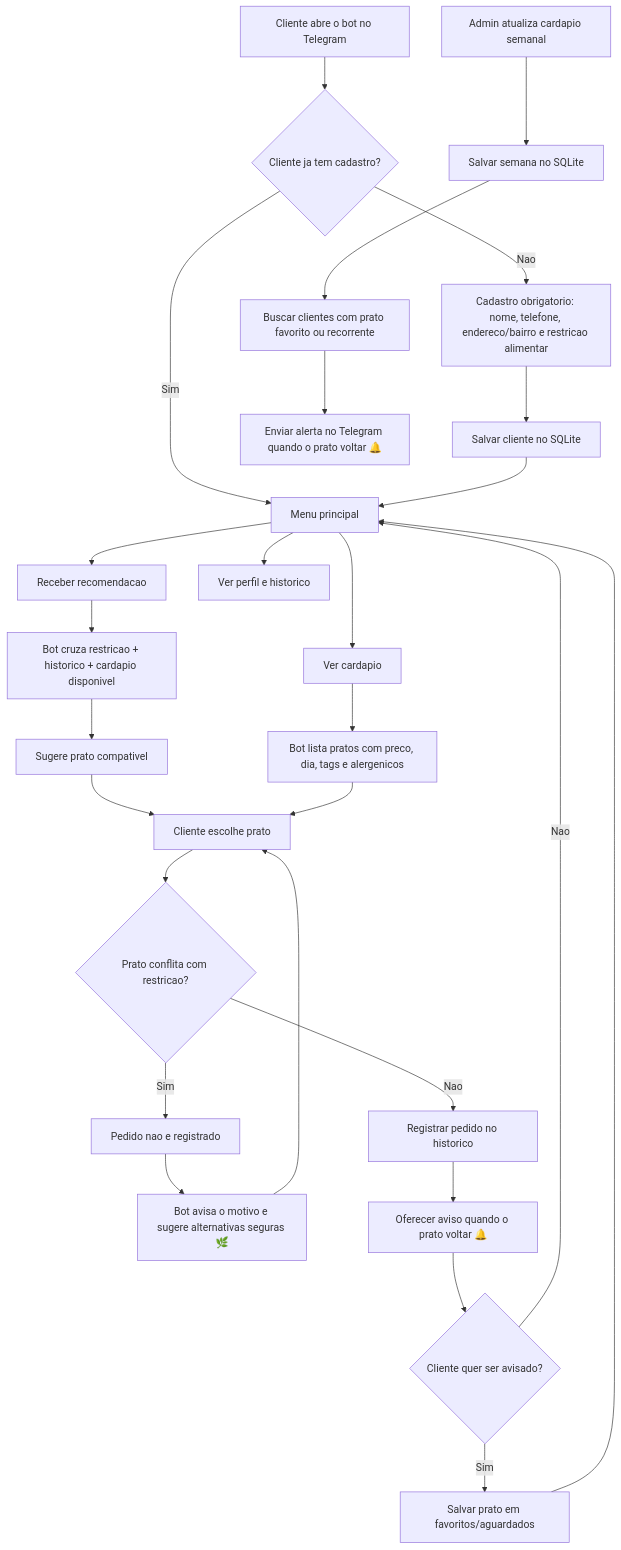
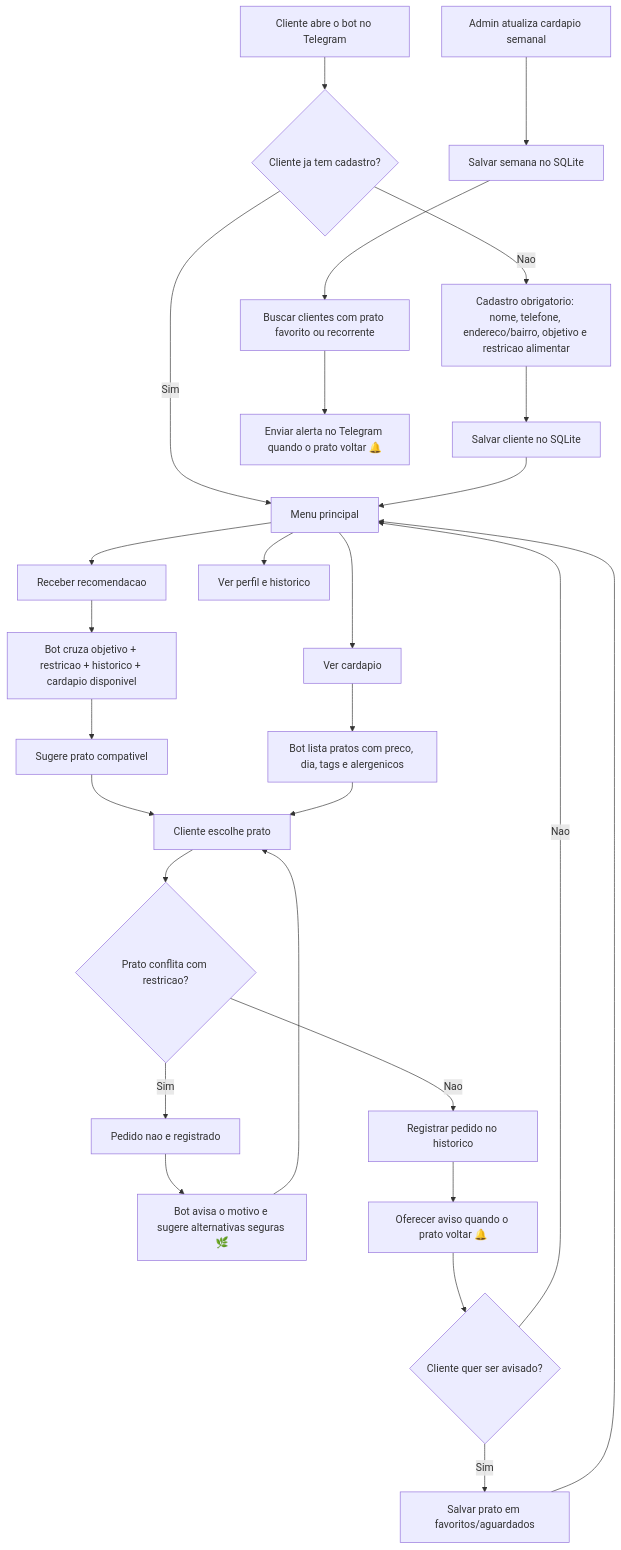
The diagram in README.md (VmaffeiDev/ApetitFoodBot), drawn with Mermaid before and after one commit. The commit also changed other lines of this file, not shown here.

````diff
--- a/README.md
+++ b/README.md
@@ -92,33 +94,33 @@
 ```mermaid
 flowchart TD
     A["Cliente abre o bot no Telegram"] --> B{Cliente ja tem cadastro?}
-    B -- "Nao" --> C["Cadastro obrigatorio: nome, telefone, endereco/bairro e restricao alimentar"]
+    B -- "Nao" --> C["Cadastro obrigatorio: nome, telefone, endereco/bairro, objetivo e restricao alimentar"]
     C --> D["Salvar cliente no SQLite"]
     B -- "Sim" --> E["Menu principal"]
     D --> E
 
     E --> F["Ver cardapio"]
     E --> G["Receber recomendacao"]
     E --> H["Ver perfil e historico"]
 
     F --> I["Bot lista pratos com preco, dia, tags e alergenicos"]
-    G --> J["Bot cruza restricao + historico + cardapio disponivel"]
+    G --> J["Bot cruza objetivo + restricao + historico + cardapio disponivel"]
     J --> K["Sugere prato compativel"]
     K --> L["Cliente escolhe prato"]
     I --> L
 
     L --> M{Prato conflita com restricao?}
     M -- "Sim" --> N["Pedido nao e registrado"]
     N --> O["Bot avisa o motivo e sugere alternativas seguras 🌿"]
     O --> L
     M -- "Nao" --> P["Registrar pedido no historico"]
     P --> Q["Oferecer aviso quando o prato voltar 🔔"]
     Q --> R{Cliente quer ser avisado?}
     R -- "Sim" --> S["Salvar prato em favoritos/aguardados"]
     R -- "Nao" --> E
     S --> E
 
     T["Admin atualiza cardapio semanal"] --> U["Salvar semana no SQLite"]
     U --> V["Buscar clientes com prato favorito ou recorrente"]
     V --> W["Enviar alerta no Telegram quando o prato voltar 🔔"]
 ```
````
